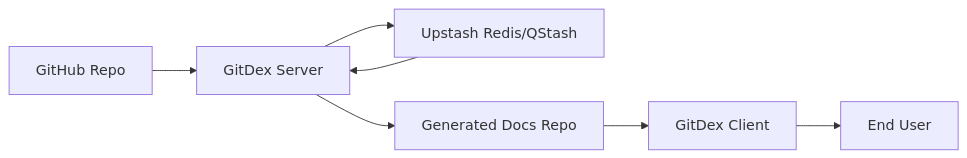
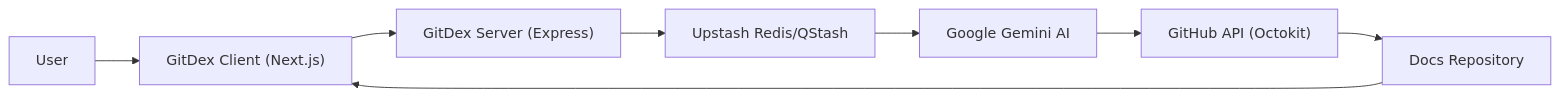
One commit to shinymacktest/gitdex-docs changed the diagram in docs/shinymack/gitdex/1_introduction.mdx. Above: the diagram before and after it, drawn with Mermaid. The commit also changed other lines of this file and 16 other files, not shown here.

Commit message:
GitDex Index: shinymack/gitdex

````diff
--- a/docs/shinymack/gitdex/1_introduction.mdx
+++ b/docs/shinymack/gitdex/1_introduction.mdx
@@ -26,9 +29,10 @@
 ```mermaid
 graph LR
-    A["GitHub Repo"] --> B["GitDex Server"]
-    B --> C["Upstash Redis/QStash"]
-    C --> B
-    B --> D["Generated Docs Repo"]
-    D --> E["GitDex Client"]
-    E --> F["End User"]
+    User["User"] --> Client["GitDex Client (Next.js)"]
+    Client --> Server["GitDex Server (Express)"]
+    Server --> Queue["Upstash Redis/QStash"]
+    Queue --> AI["Google Gemini AI"]
+    AI --> GH["GitHub API (Octokit)"]
+    GH --> Repo["Docs Repository"]
+    Repo --> Client
 ```
````
